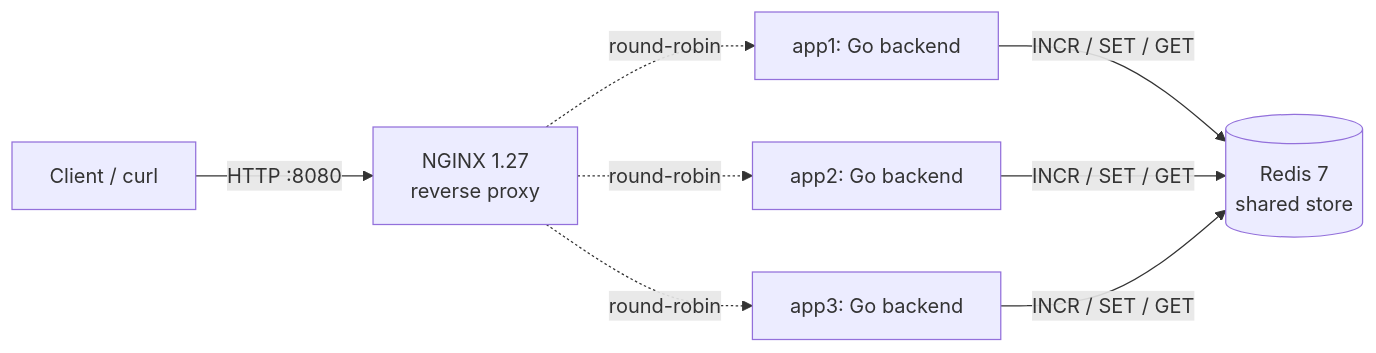
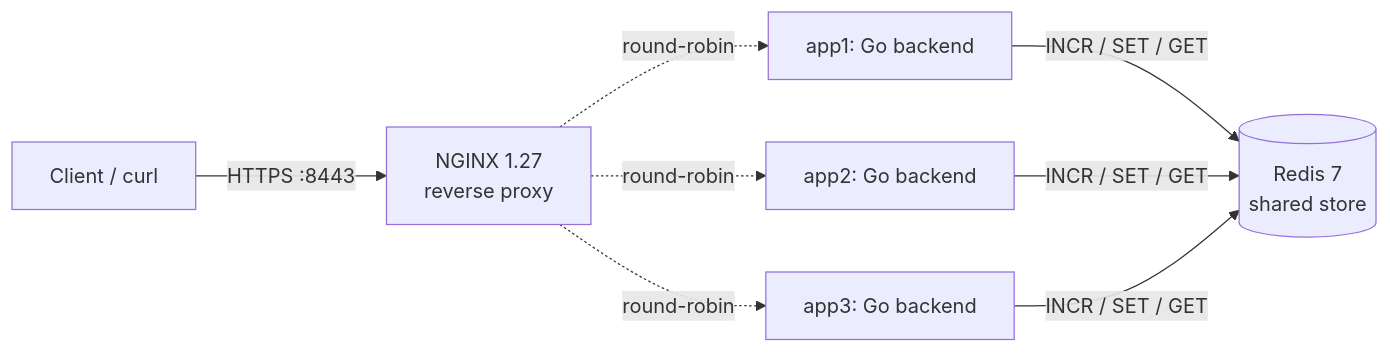
Before and after one commit to kajuyerim/docker-based-multiserver-system: the diagram in README.md, drawn with Mermaid. The commit also changed other lines of this file, not shown here.

````diff
--- a/README.md
+++ b/README.md
@@ -33,17 +34,17 @@
 ```mermaid
 flowchart LR
     Client[Client / curl]
     nginx[NGINX 1.27<br/>reverse proxy]
     app1[app1: Go backend]
     app2[app2: Go backend]
     app3[app3: Go backend]
     redis[(Redis 7<br/>shared store)]
 
-    Client -->|HTTP :8080| nginx
+    Client -->|HTTPS :8443| nginx
     nginx -. round-robin .-> app1
     nginx -. round-robin .-> app2
     nginx -. round-robin .-> app3
     app1 -->|INCR / SET / GET| redis
     app2 -->|INCR / SET / GET| redis
     app3 -->|INCR / SET / GET| redis
 ```
````
